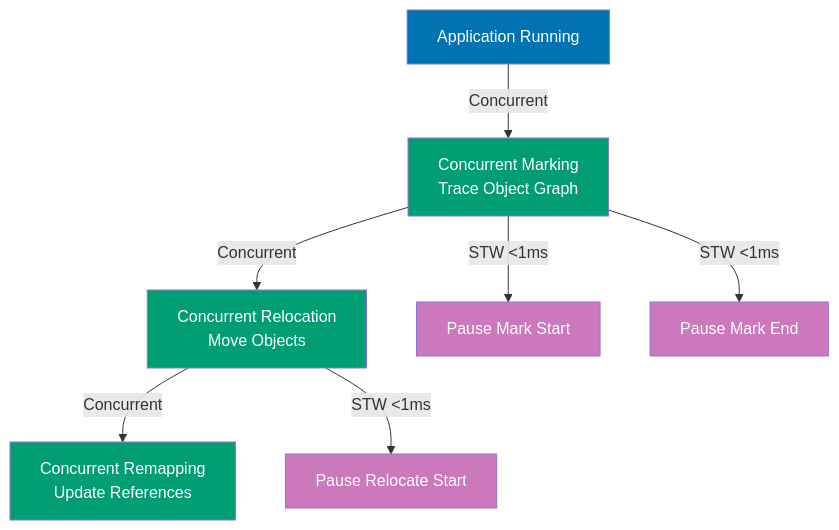
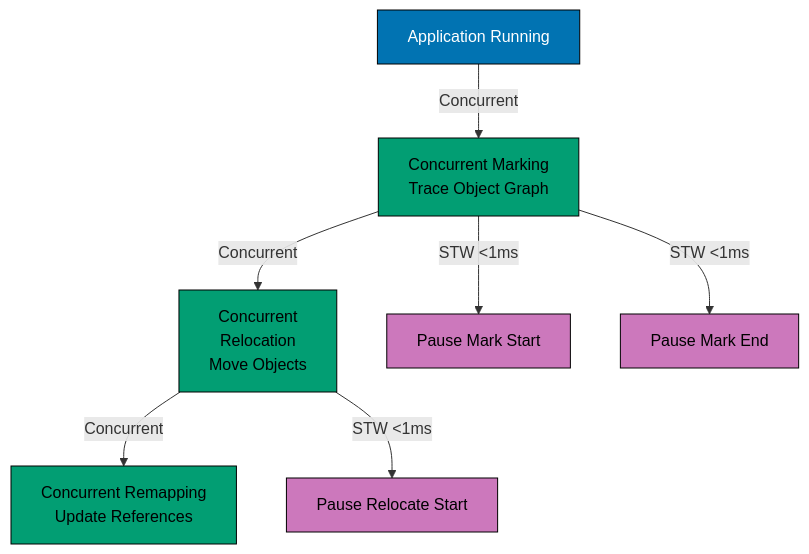
One commit to wahidyankf/ose-public changed diagram 13 of 13 in apps/ayokoding-www/content/en/learn/legacy/software-engineering/programming-languages/java/by-example/advanced.md. Above: the diagram before and after it, drawn with Mermaid. The commit also changed other lines of this file and 112 other files, not shown here.

First line of the commit message:
fix(mermaid): bring the legacy programming-languages diagrams onto the accessible palette

````diff
--- a/apps/ayokoding-www/content/en/learn/legacy/software-engineering/programming-languages/java/by-example/advanced.md
+++ b/apps/ayokoding-www/content/en/learn/legacy/software-engineering/programming-languages/java/by-example/advanced.md
@@ -4210,20 +4290,26 @@
 ```mermaid
 graph TD
+    accTitle: Example 87: Ultra-Low Latency with ZGC
+    accDescr: Graph with 7 nodes and 6 connections. Nodes: Application Running, Concurrent Marking Trace Object Graph, Concurrent Relocation Move Objects, Concurrent Remapping Update References, Pause Mark Start, Pause Mark End, Pause Relocate Start. Connections: Application Running to Concurrent Marking Trace Object Graph (Concurrent), Concurrent Marking Trace Object Graph to Concurrent Relocation Move Objects (Concurrent), Concurrent Relocation Move Objects to Concurrent Remapping Update References (Concurrent), Concurrent Marking Trace Object Graph to Pause Mark Start (STW <1ms), Concurrent Marking Trace Object Graph to Pause Mark End (STW <1ms), Concurrent Relocation Move Objects to Pause Relocate Start (STW <1ms).
     App["Application Running"]
 
     App -->|Concurrent| Mark["Concurrent Marking<br/>Trace Object Graph"]
-    Mark -->|Concurrent| Relocate["Concurrent Relocation<br/>Move Objects"]
+    Mark -->|Concurrent| Relocate["Concurrent<br/>Relocation<br/>Move Objects"]
     Relocate -->|Concurrent| Remap["Concurrent Remapping<br/>Update References"]
 
     Mark -->|STW <1ms| MarkStart["Pause Mark Start"]
     Mark -->|STW <1ms| MarkEnd["Pause Mark End"]
     Relocate -->|STW <1ms| RelocStart["Pause Relocate Start"]
 
-    style App fill:#0173B2,color:#fff
-    style Mark fill:#029E73,color:#fff
-    style Relocate fill:#029E73,color:#fff
-    style Remap fill:#029E73,color:#fff
-    style MarkStart fill:#CC78BC,color:#fff
-    style MarkEnd fill:#CC78BC,color:#fff
-    style RelocStart fill:#CC78BC,color:#fff
+    classDef pal-0173B2 fill:#0173B2,stroke:#000000,color:#FFFFFF
+    class App pal-0173B2
+    classDef pal-029E73 fill:#029E73,stroke:#000000,color:#000000
+    class Mark pal-029E73
+    class Relocate pal-029E73
+    class Remap pal-029E73
+    classDef pal-CC78BC fill:#CC78BC,stroke:#000000,color:#000000
+    class MarkStart pal-CC78BC
+    class MarkEnd pal-CC78BC
+    class RelocStart pal-CC78BC
+    classDef default fill:#FFFFFF,stroke:#000000,color:#000000
 ```
````
